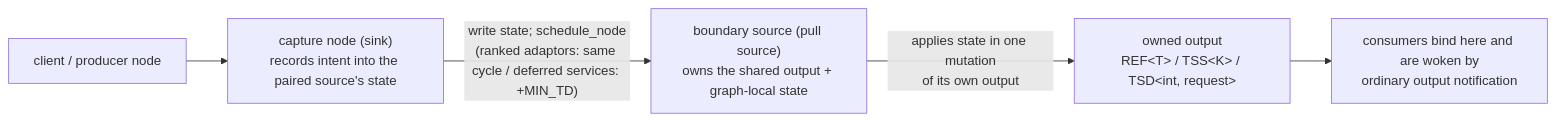
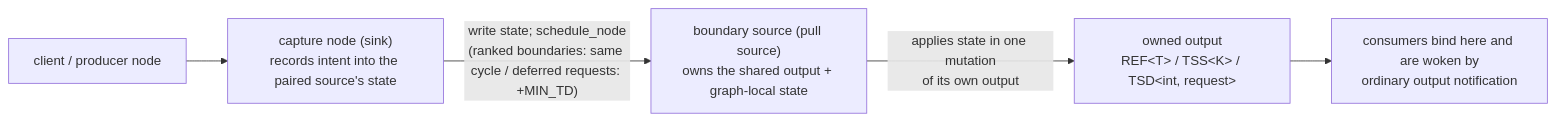
Before and after one commit to hhenson/hgraph: the diagram in docs/source/developer_guide/services.rst, drawn with Mermaid. The commit also changed other lines of this file and 8 other files, not shown here.

```diff
--- a/docs/source/developer_guide/services.rst
+++ b/docs/source/developer_guide/services.rst
@@ -27,13 +27,13 @@
 .. mermaid::
 
    flowchart LR
       client["client / producer node"]
       cap["capture node (sink)<br/>records intent into the paired source's state"]
       src["boundary source (pull source)<br/>owns the shared output + graph-local state"]
       out["owned output<br/>REF&lt;T&gt; / TSS&lt;K&gt; / TSD&lt;int, request&gt;"]
       cons["consumers bind here and are woken by<br/>ordinary output notification"]
 
       client --> cap
-      cap -->|"write state; schedule_node<br/>(ranked adaptors: same cycle / deferred services: +MIN_TD)"| src
+      cap -->|"write state; schedule_node<br/>(ranked boundaries: same cycle / deferred requests: +MIN_TD)"| src
       src -->|"applies state in one mutation<br/>of its own output"| out
       out --> cons
```
